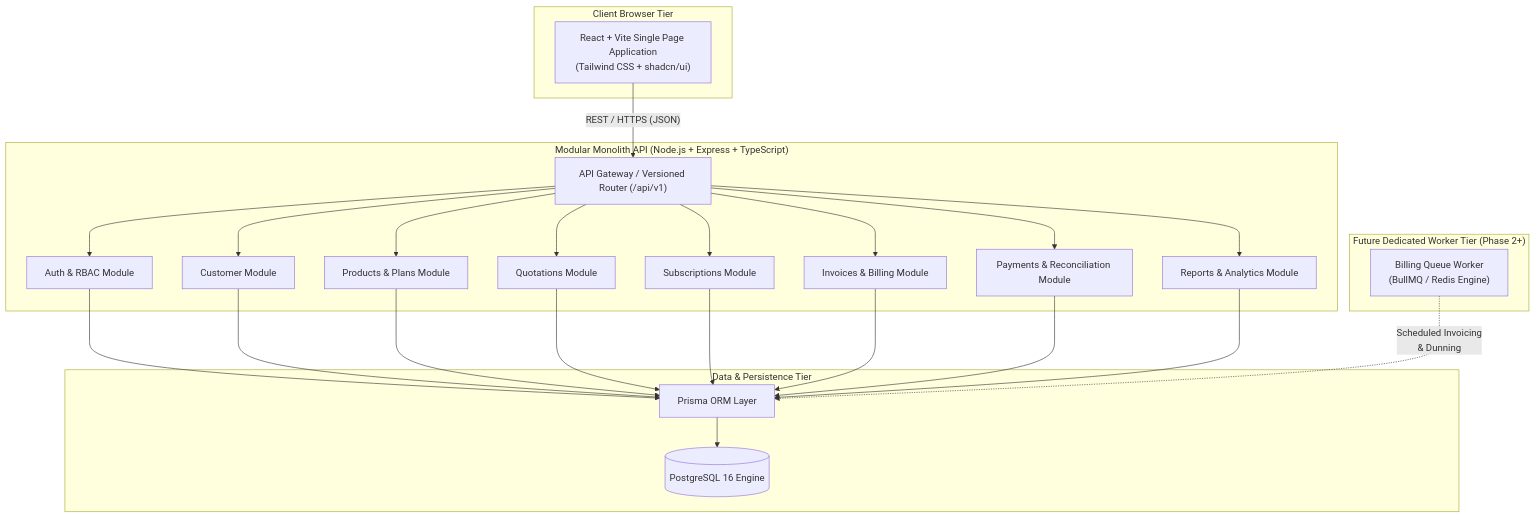
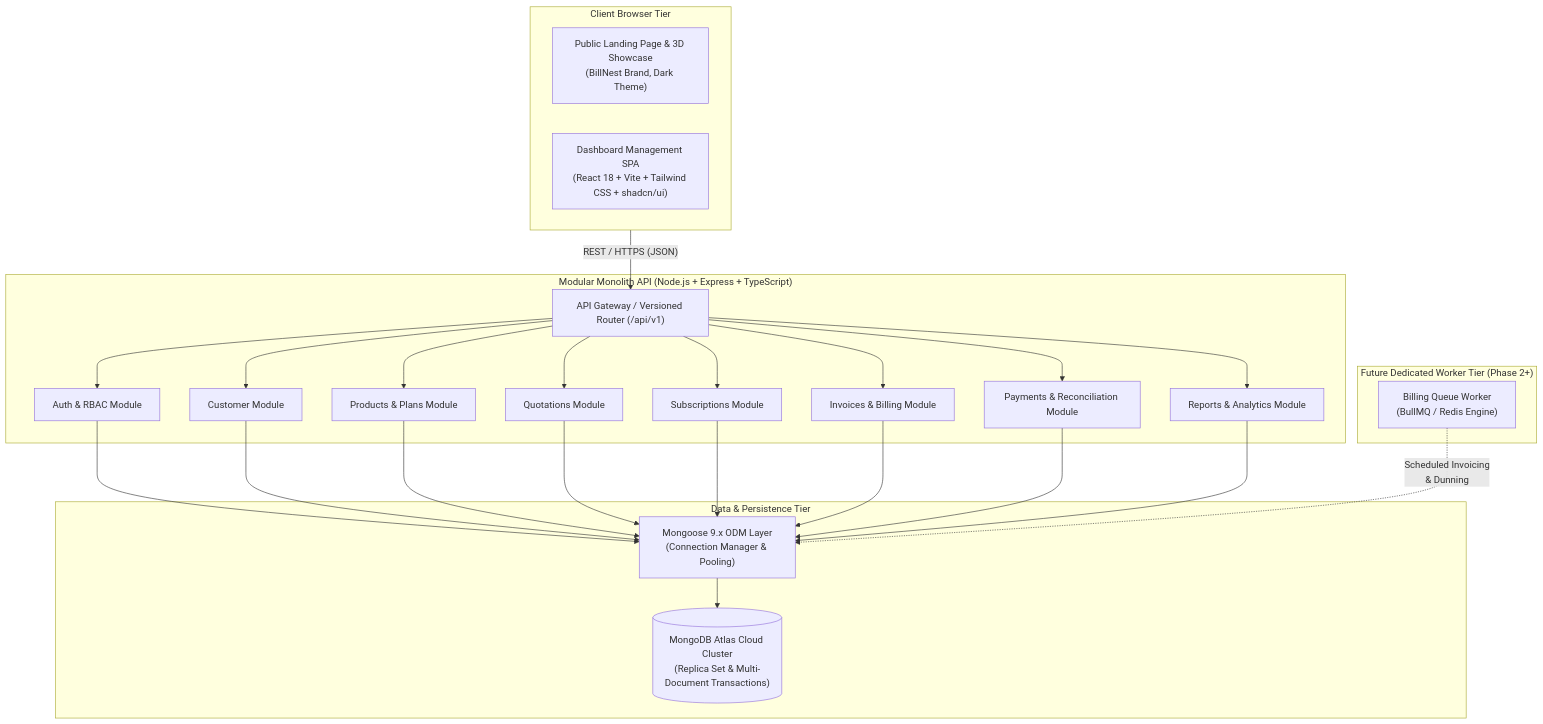
Before and after one commit to lucky5111397/BillNest: the diagram in docs/architecture/system-overview.md, drawn with Mermaid. The commit also changed other lines of this file and 21 other files, not shown here.

Commit message:
feat(database): migrate persistence layer to MongoDB Atlas (#4)

````diff
--- a/docs/architecture/system-overview.md
+++ b/docs/architecture/system-overview.md
@@ -18,41 +18,42 @@
 ```mermaid
 flowchart TD
   subgraph Client ["Client Browser Tier"]
-    SPA["React + Vite Single Page Application\n(Tailwind CSS + shadcn/ui)"]
+    Landing["Public Landing Page & 3D Showcase\n(BillNest Brand, Dark Theme)"]
+    SPA["Dashboard Management SPA\n(React 18 + Vite + Tailwind CSS + shadcn/ui)"]
   end
 
   subgraph API ["Modular Monolith API (Node.js + Express + TypeScript)"]
     Router["API Gateway / Versioned Router (/api/v1)"]
     AuthMod["Auth & RBAC Module"]
     CustMod["Customer Module"]
     ProdMod["Products & Plans Module"]
     QuoteMod["Quotations Module"]
     SubMod["Subscriptions Module"]
     InvMod["Invoices & Billing Module"]
     PayMod["Payments & Reconciliation Module"]
     ReportMod["Reports & Analytics Module"]
 
     Router --> AuthMod
     Router --> CustMod
     Router --> ProdMod
     Router --> QuoteMod
     Router --> SubMod
     Router --> InvMod
     Router --> PayMod
     Router --> ReportMod
   end
 
   subgraph WorkerFuture ["Future Dedicated Worker Tier (Phase 2+)"]
     QueueWorker["Billing Queue Worker\n(BullMQ / Redis Engine)"]
   end
 
   subgraph DataTier ["Data & Persistence Tier"]
-    Prisma["Prisma ORM Layer"]
-    PostgreSQL[("PostgreSQL 16 Engine")]
+    Mongoose["Mongoose 9.x ODM Layer\n(Connection Manager & Pooling)"]
+    MongoDB[("MongoDB Atlas Cloud Cluster\n(Replica Set & Multi-Document Transactions)")]
   end
 
-  SPA -->|"REST / HTTPS (JSON)"| Router
-  AuthMod & CustMod & ProdMod & QuoteMod & SubMod & InvMod & PayMod & ReportMod --> Prisma
-  QueueWorker -.->|"Scheduled Invoicing\n& Dunning"| Prisma
-  Prisma --> PostgreSQL
+  Client -->|"REST / HTTPS (JSON)"| Router
+  AuthMod & CustMod & ProdMod & QuoteMod & SubMod & InvMod & PayMod & ReportMod --> Mongoose
+  QueueWorker -.->|"Scheduled Invoicing\n& Dunning"| Mongoose
+  Mongoose --> MongoDB
 ```
````
